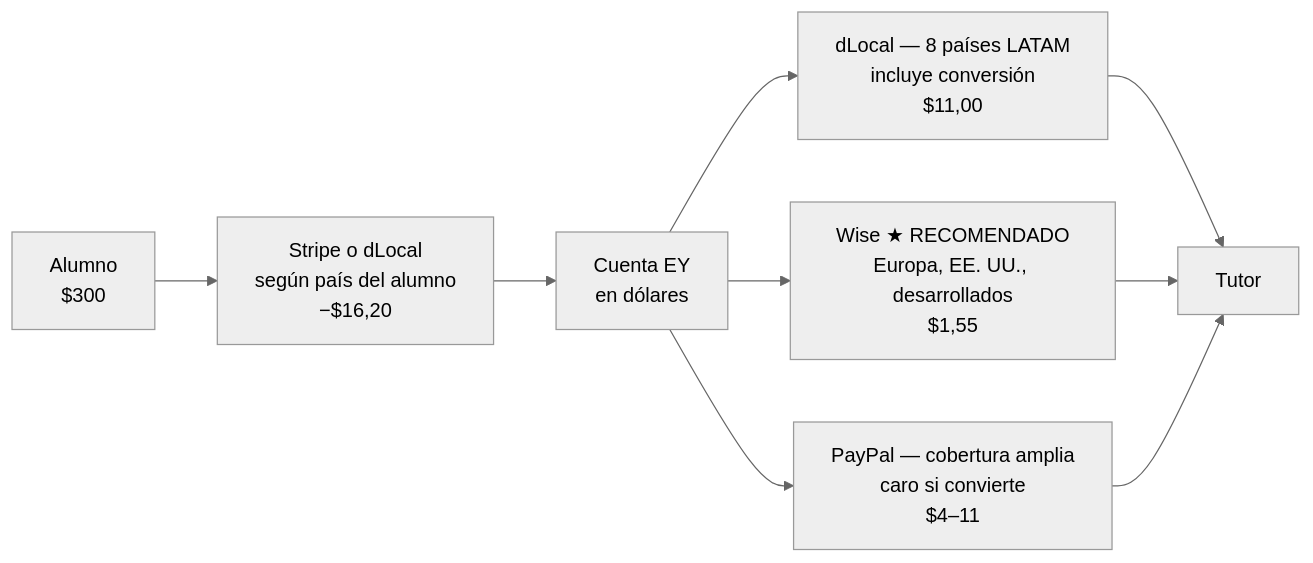
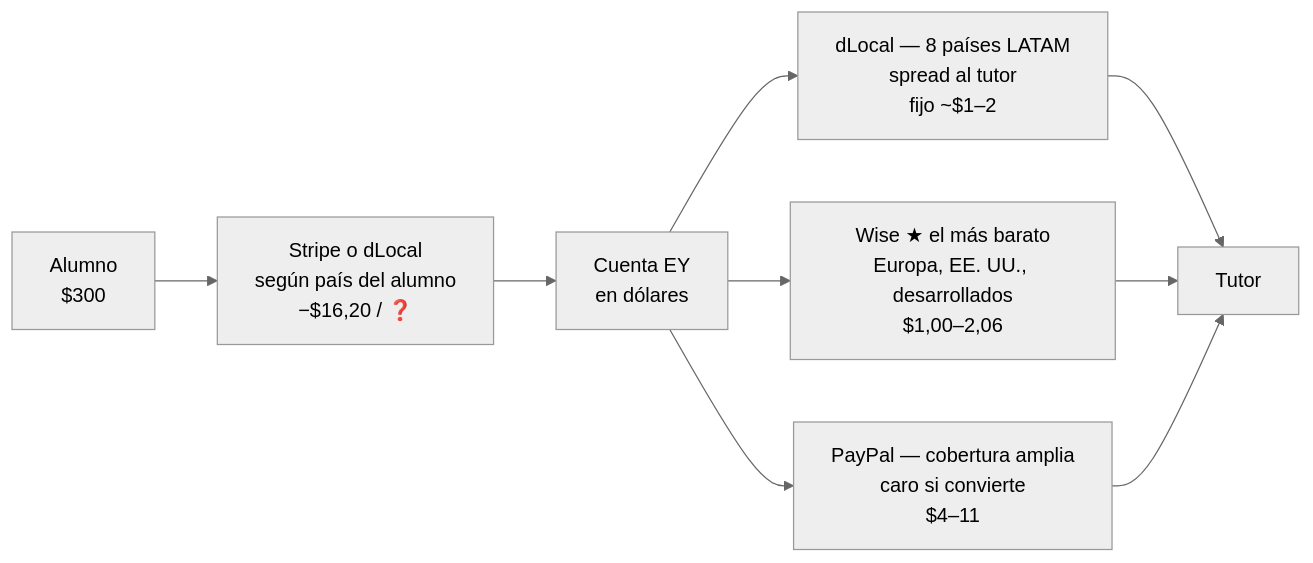
The fourth of 4 diagrams in docs/PAGOS-Y-PAYOUTS.md (emiliofaimlab/ensenameya), drawn with Mermaid (neutral theme) before and after one commit. The commit also changed other lines of this file and 32 other files, not shown here.

````diff
--- a/docs/PAGOS-Y-PAYOUTS.md
+++ b/docs/PAGOS-Y-PAYOUTS.md
@@ -298,11 +194,11 @@
 ```mermaid
 flowchart LR
-  A["Alumno<br/>$300"] --> S["Stripe o dLocal<br/>según país del alumno<br/>−$16,20"]
+  A["Alumno<br/>$300"] --> S["Stripe o dLocal<br/>según país del alumno<br/>−$16,20 / ❓"]
   S --> C["Cuenta EY<br/>en dólares"]
-  C --> DL["dLocal — 8 países LATAM<br/>incluye conversión<br/>$11,00"]
-  C --> W["Wise ★ RECOMENDADO<br/>Europa, EE. UU., desarrollados<br/>$1,55"]
+  C --> DL["dLocal — 8 países LATAM<br/>spread al tutor<br/>fijo ~$1–2"]
+  C --> W["Wise ★ el más barato<br/>Europa, EE. UU., desarrollados<br/>$1,00–2,06"]
   C --> PP["PayPal — cobertura amplia<br/>caro si convierte<br/>$4–11"]
   DL --> T["Tutor"]
   W --> T
   PP --> T
 ```
````
